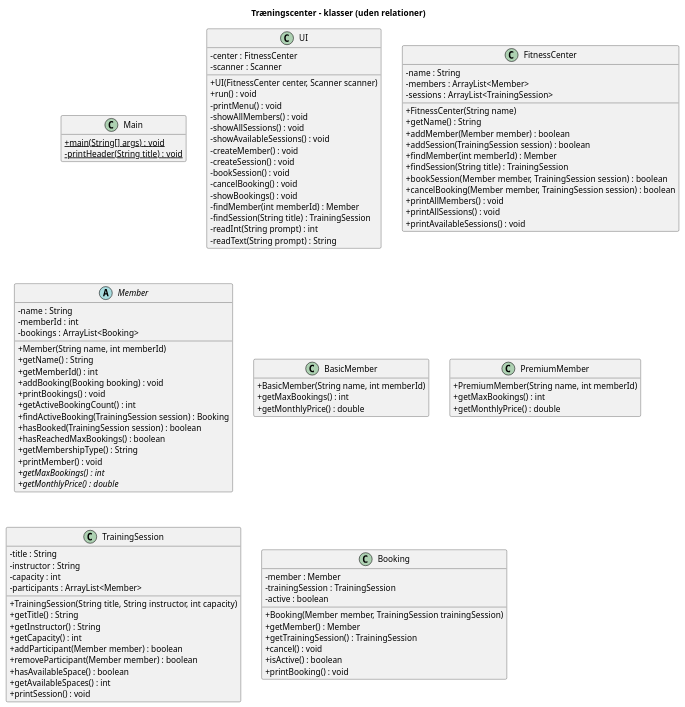
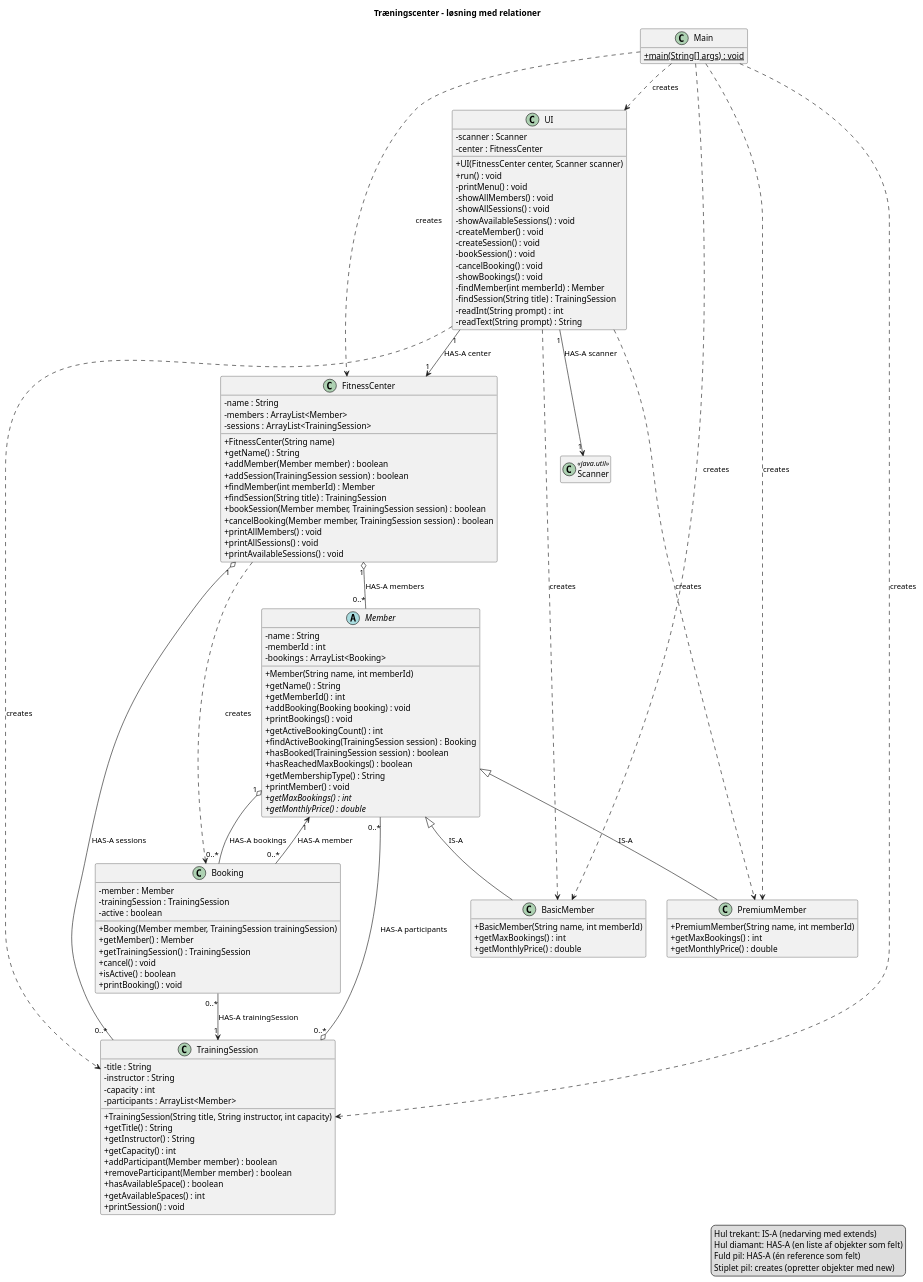
Before and after one commit to LinaHajjar/traeningsCenter_Composition: the diagram in src/diagrams/classDiagram.puml, drawn with PlantUML.

Commit message:
classDiagram med relations er done

```diff
--- a/src/diagrams/classDiagram.puml
+++ b/src/diagrams/classDiagram.puml
@@ -1,110 +1,143 @@
 @startuml
-'https://plantuml.com/sequence-diagram
+'https://plantuml.com/class-diagram
 
-title Træningscenter – klasser (uden relationer)
+title Træningscenter – løsning med relationer
 
 skinparam classAttributeIconSize 0
 hide empty members
 
 class Main {
     + {static} main(String[] args) : void
-    - {static} printHeader(String title) : void
 }
 
 class UI {
+    - scanner : Scanner
     - center : FitnessCenter
-    - scanner : Scanner
     + UI(FitnessCenter center, Scanner scanner)
     + run() : void
     - printMenu() : void
     - showAllMembers() : void
     - showAllSessions() : void
     - showAvailableSessions() : void
     - createMember() : void
     - createSession() : void
     - bookSession() : void
     - cancelBooking() : void
     - showBookings() : void
     - findMember(int memberId) : Member
     - findSession(String title) : TrainingSession
     - readInt(String prompt) : int
     - readText(String prompt) : String
 }
+
+class Scanner <<java.util>>
 
 class FitnessCenter {
     - name : String
     - members : ArrayList<Member>
     - sessions : ArrayList<TrainingSession>
     + FitnessCenter(String name)
     + getName() : String
     + addMember(Member member) : boolean
     + addSession(TrainingSession session) : boolean
     + findMember(int memberId) : Member
     + findSession(String title) : TrainingSession
     + bookSession(Member member, TrainingSession session) : boolean
     + cancelBooking(Member member, TrainingSession session) : boolean
     + printAllMembers() : void
     + printAllSessions() : void
     + printAvailableSessions() : void
 }
 
 abstract class Member {
     - name : String
     - memberId : int
     - bookings : ArrayList<Booking>
     + Member(String name, int memberId)
     + getName() : String
     + getMemberId() : int
     + addBooking(Booking booking) : void
     + printBookings() : void
     + getActiveBookingCount() : int
     + findActiveBooking(TrainingSession session) : Booking
     + hasBooked(TrainingSession session) : boolean
     + hasReachedMaxBookings() : boolean
     + getMembershipType() : String
     + printMember() : void
     + {abstract} getMaxBookings() : int
     + {abstract} getMonthlyPrice() : double
 }
 
 class BasicMember {
     + BasicMember(String name, int memberId)
     + getMaxBookings() : int
     + getMonthlyPrice() : double
 }
 
 class PremiumMember {
     + PremiumMember(String name, int memberId)
     + getMaxBookings() : int
     + getMonthlyPrice() : double
 }
 
 class TrainingSession {
     - title : String
     - instructor : String
     - capacity : int
     - participants : ArrayList<Member>
     + TrainingSession(String title, String instructor, int capacity)
     + getTitle() : String
     + getInstructor() : String
     + getCapacity() : int
     + addParticipant(Member member) : boolean
     + removeParticipant(Member member) : boolean
     + hasAvailableSpace() : boolean
     + getAvailableSpaces() : int
     + printSession() : void
 }
 
 class Booking {
     - member : Member
     - trainingSession : TrainingSession
     - active : boolean
     + Booking(Member member, TrainingSession trainingSession)
     + getMember() : Member
     + getTrainingSession() : TrainingSession
     + cancel() : void
     + isActive() : boolean
     + printBooking() : void
 }
 
+' ---------- IS-A (nedarving) ----------
+Member <|-- BasicMember : IS-A
+Member <|-- PremiumMember : IS-A
+
+' ---------- HAS-A (komposition) ----------
+UI "1" --> "1" FitnessCenter : HAS-A center
+UI "1" --> "1" Scanner : HAS-A scanner
+FitnessCenter "1" o-- "0..*" Member : HAS-A members
+FitnessCenter "1" o-- "0..*" TrainingSession : HAS-A sessions
+Member "1" o-- "0..*" Booking : HAS-A bookings
+Booking "0..*" --> "1" Member : HAS-A member
+Booking "0..*" --> "1" TrainingSession : HAS-A trainingSession
+TrainingSession "0..*" o-- "0..*" Member : HAS-A participants
+
+' ---------- Hvem opretter objekterne ----------
+Main ..> UI : creates
+Main ..> FitnessCenter : creates
+Main ..> BasicMember : creates
+Main ..> PremiumMember : creates
+Main ..> TrainingSession : creates
+UI ..> BasicMember : creates
+UI ..> PremiumMember : creates
+UI ..> TrainingSession : creates
+FitnessCenter ..> Booking : creates
+
+legend right
+  Hul trekant: IS-A (nedarving med extends)
+  Hul diamant: HAS-A (en liste af objekter som felt)
+  Fuld pil: HAS-A (én reference som felt)
+  Stiplet pil: creates (opretter objekter med new)
+endlegend
+
 @enduml
```
